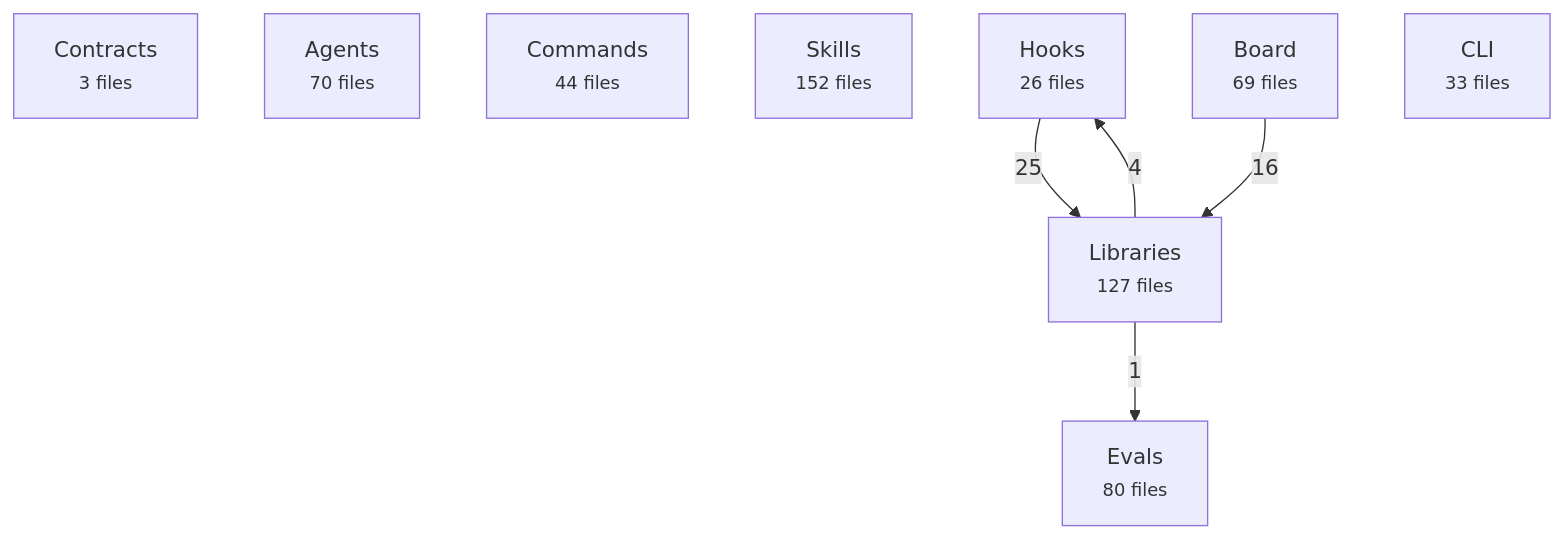
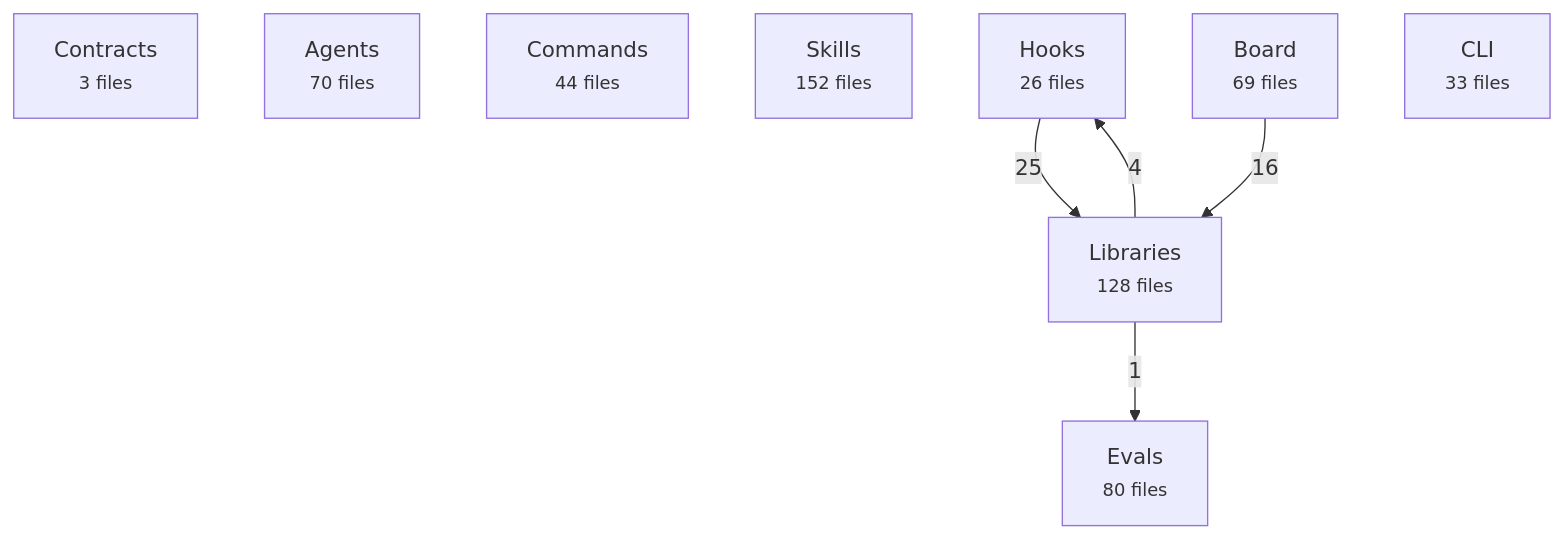
The first of 2 diagrams in docs/reference/architecture-map.md (avelikiy/great_cto), drawn with Mermaid before and after one commit. The commit also changed other lines of this file and 4 other files, not shown here.

````diff
--- a/docs/reference/architecture-map.md
+++ b/docs/reference/architecture-map.md
@@ -20,16 +20,16 @@
 ```mermaid
 flowchart TD
   contracts["Contracts<br/><small>3 files</small>"]
   agents["Agents<br/><small>70 files</small>"]
   commands["Commands<br/><small>44 files</small>"]
   skills["Skills<br/><small>152 files</small>"]
   hooks["Hooks<br/><small>26 files</small>"]
-  libs["Libraries<br/><small>127 files</small>"]
+  libs["Libraries<br/><small>128 files</small>"]
   board["Board<br/><small>69 files</small>"]
   cli["CLI<br/><small>33 files</small>"]
   evals["Evals<br/><small>80 files</small>"]
   hooks -->|25| libs
   board -->|16| libs
   libs -->|4| hooks
   libs -->|1| evals
 ```
````
